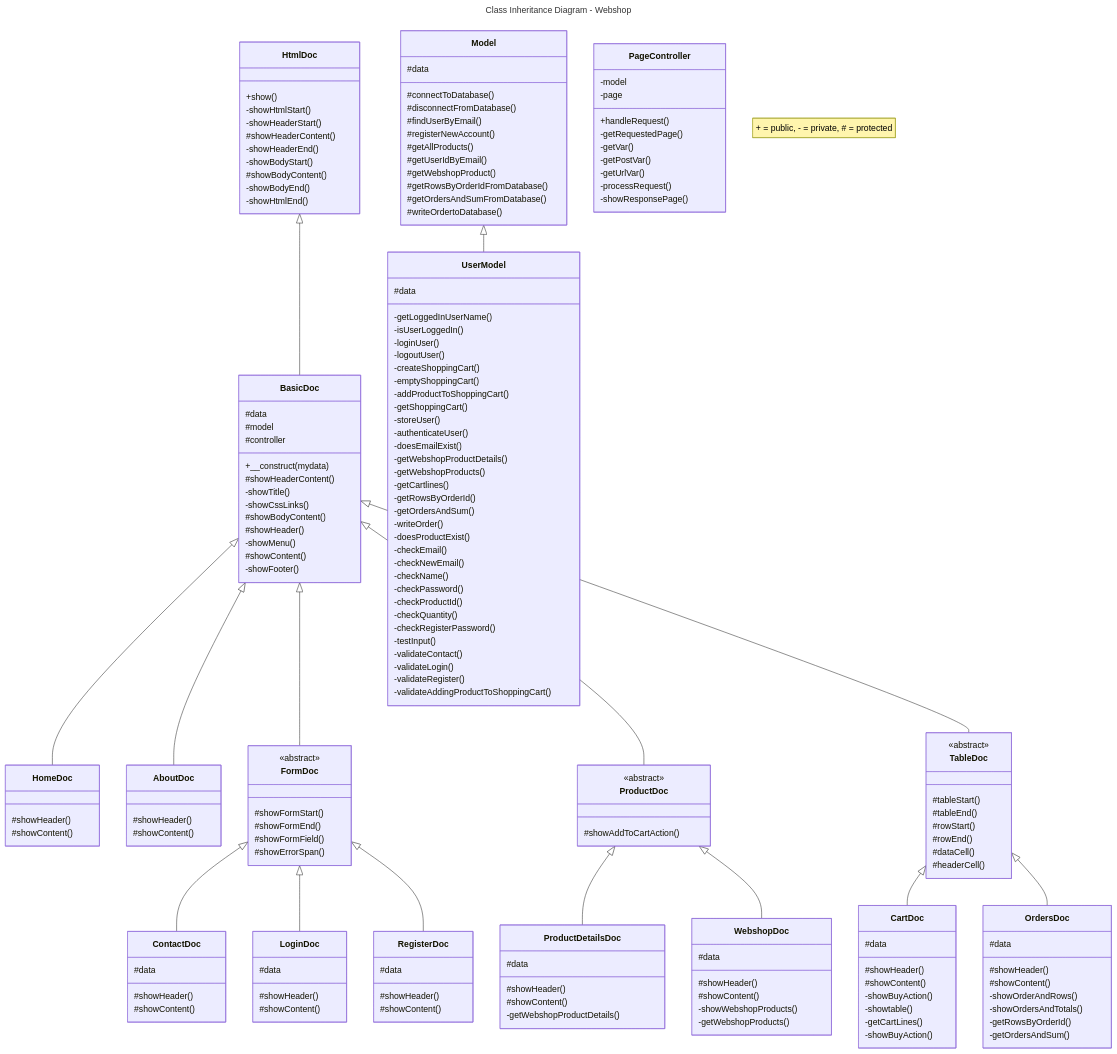
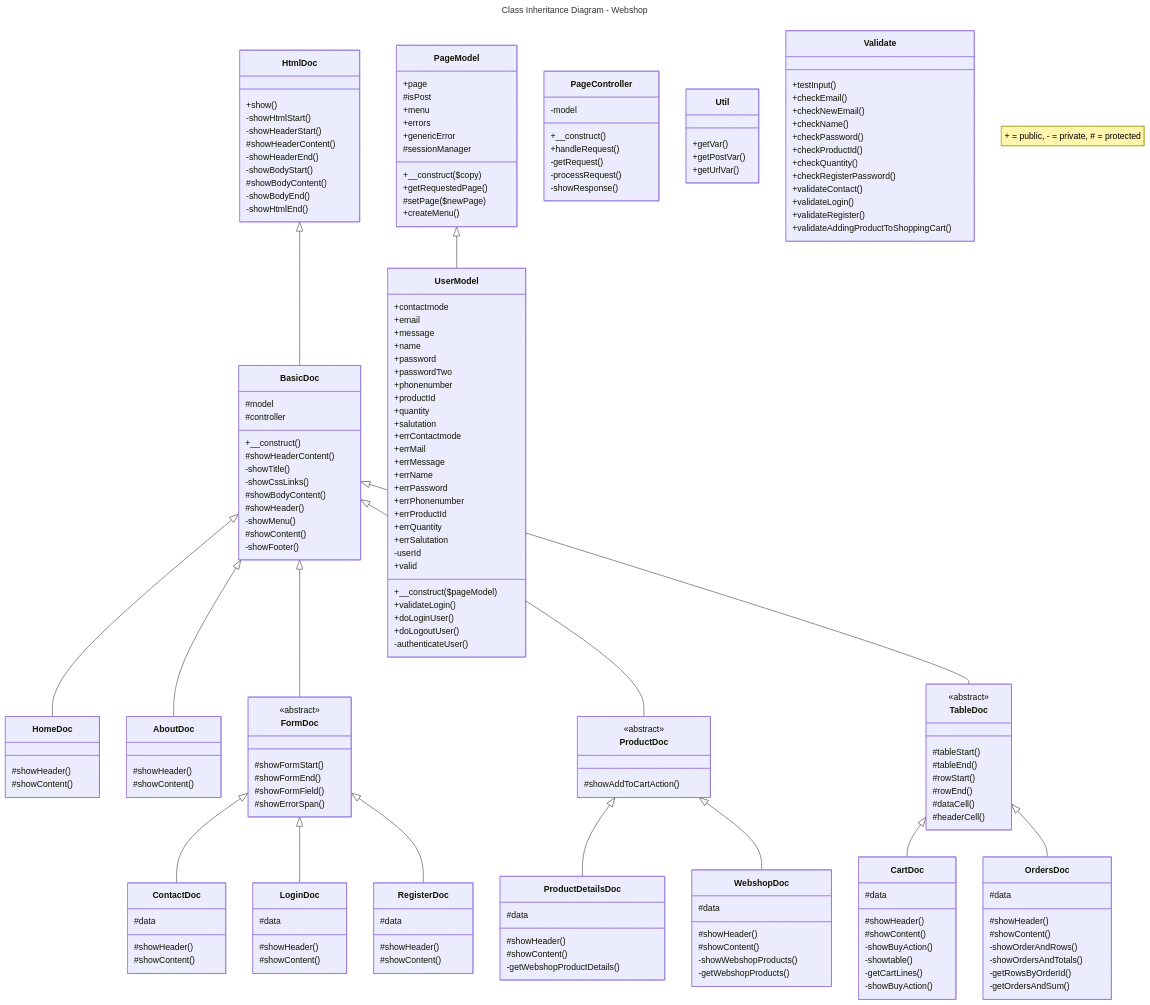
One commit to JeroenHeemskerk/educom-webshop-oop-1698314754 changed the diagram in Diagrams/#5.md. Above: the diagram before and after it, drawn with Mermaid.

Commit message:
#5 eerste versie

```diff
--- a/Diagrams/#5.md
+++ b/Diagrams/#5.md
@@ -25,67 +25,77 @@
     TableDoc <|-- OrdersDoc
 
 
-    Model <|-- UserModel
+    PageModel <|-- UserModel
 
     class PageController{
         -model
-        -page
+        +__construct()
         +handleRequest()       
-        -getRequestedPage()
-        -getVar()
-        -getPostVar()
-        -getUrlVar()
+        -getRequest()
         -processRequest()
-        -showResponsePage()        
+        -showResponse()        
     }
-    class Model{
-        #data
-        #connectToDatabase()
-        #disconnectFromDatabase()
-        #findUserByEmail()
-        #registerNewAccount()
-        #getAllProducts()
-        #getUserIdByEmail()
-        #getWebshopProduct()
-        #getRowsByOrderIdFromDatabase()
-        #getOrdersAndSumFromDatabase()
-        #writeOrdertoDatabase()
+    class PageModel{
+        +page
+        #isPost
+        +menu
+        +errors
+        +genericError
+        #sessionManager
+        +__construct($copy)
+        +getRequestedPage()
+        #setPage($newPage)
+        +createMenu()
     }
     class UserModel{
-        #data
-        -getLoggedInUserName()
-        -isUserLoggedIn()
-        -loginUser()
-        -logoutUser()
-        -createShoppingCart()
-        -emptyShoppingCart()
-        -addProductToShoppingCart()
-        -getShoppingCart()
+        +contactmode
+        +email
+        +message
+        +name
+        +password
+        +passwordTwo
+        +phonenumber
+        +productId
+        +quantity
+        +salutation
 
-        -storeUser()
+        +errContactmode
+        +errMail
+        +errMessage
+        +errName
+        +errPassword
+        +errPhonenumber
+        +errProductId
+        +errQuantity
+        +errSalutation
+
+        -userId
+        +valid
+
+        +__construct($pageModel)
+        +validateLogin()
+        +doLoginUser()
+        +doLogoutUser()
         -authenticateUser()
-        -doesEmailExist()
-
-        -getWebshopProductDetails()
-        -getWebshopProducts()
-        -getCartlines()
-        -getRowsByOrderId()
-        -getOrdersAndSum()
-        -writeOrder()
-        -doesProductExist()
-
-        -checkEmail()
-        -checkNewEmail()
-        -checkName()
-        -checkPassword()
-        -checkProductId()
-        -checkQuantity()
-        -checkRegisterPassword()
-        -testInput()
-        -validateContact()
-        -validateLogin()
-        -validateRegister()
-        -validateAddingProductToShoppingCart()
+    }
+    class Util{
+        +getVar()
+        +getPostVar()
+        +getUrlVar()
+    }
+    class Validate{
+        +testInput()
+        +checkEmail()
+        +checkNewEmail()
+        +checkName()
+        +checkPassword()
+        +checkProductId()
+        +checkQuantity()
+        +checkRegisterPassword()
+        +validateContact()
+        +validateLogin()
+        +validateRegister()
+        +validateAddingProductToShoppingCart()
     }
     class HtmlDoc{
        +show()
@@ -99,10 +109,9 @@
        -showHtmlEnd()
     }
     class BasicDoc{
-        #data
         #model
         #controller
-        +__construct(mydata)
+        +__construct()
         #showHeaderContent()
         -showTitle()
         -showCssLinks()
```
